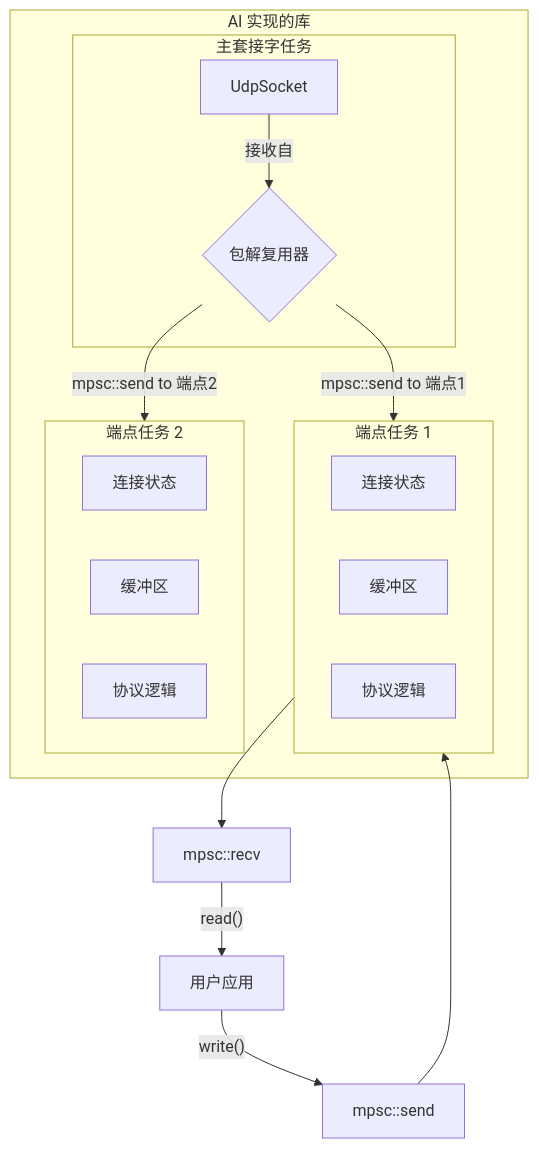
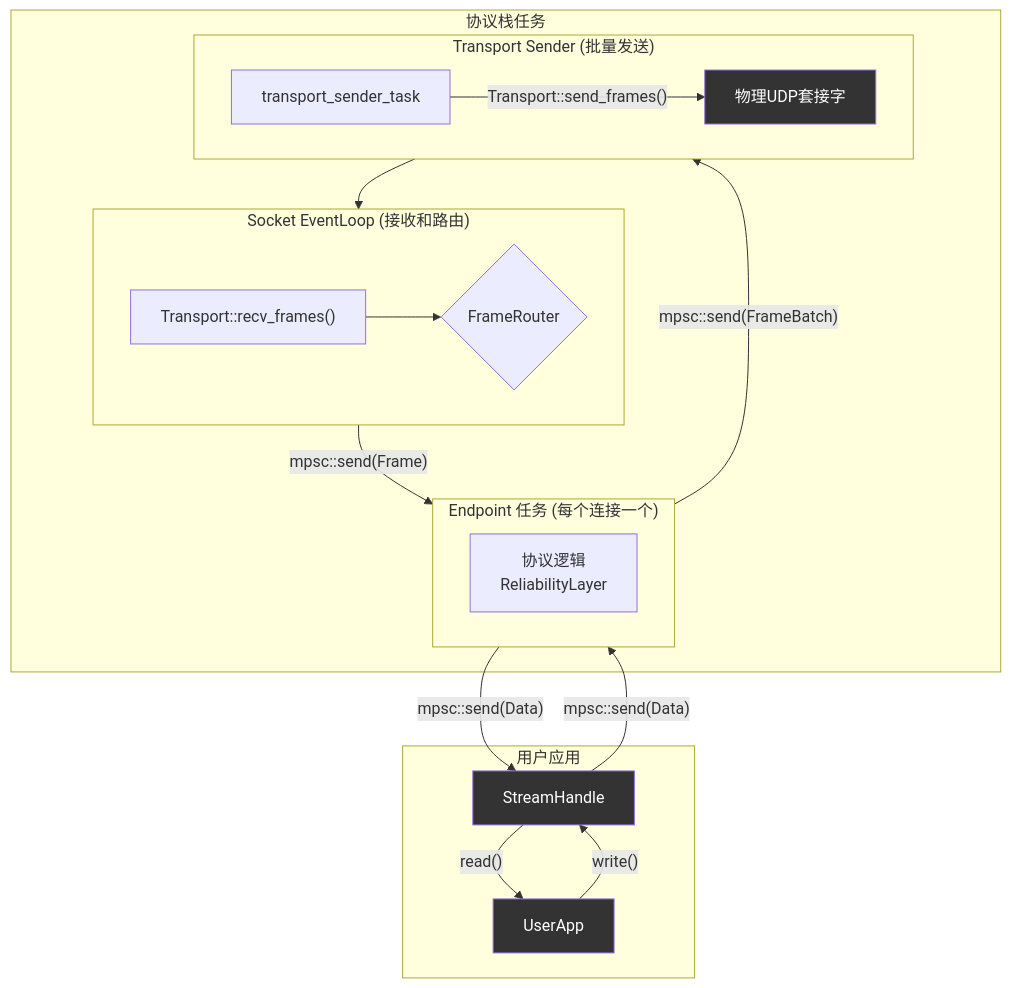
The diagram in docs/src/project-guidance/02-ai-dev-guide.md (ShaoG-R/kestrel-protocol), drawn with Mermaid before and after one commit. The commit also changed other lines of this file and 4 other files, not shown here.

````diff
--- a/docs/src/project-guidance/02-ai-dev-guide.md
+++ b/docs/src/project-guidance/02-ai-dev-guide.md
@@ -112,32 +126,35 @@
 ```mermaid
 graph TD
-    subgraph "AI 实现的库"
-        subgraph "端点任务 1"
+    subgraph "用户应用"
+        UserApp -- "write()" --> StreamHandle
+        StreamHandle -- "read()" --> UserApp
+    end
+
+    subgraph "协议栈任务"
+        subgraph "Socket EventLoop (接收和路由)"
             direction LR
-            C1_State[连接状态]
-            C1_Buf[缓冲区]
-            C1_Logic[协议逻辑]
+            RecvTask["Transport::recv_frames()"] --> Router{FrameRouter}
         end
 
-        subgraph "端点任务 2"
+        subgraph "Endpoint 任务 (每个连接一个)"
             direction LR
-            C2_State[连接状态]
-            C2_Buf[缓冲区]
-            C2_Logic[协议逻辑]
+            EndpointLogic[协议逻辑<br>ReliabilityLayer]
         end
 
-        subgraph "主套接字任务"
-            A[UdpSocket] -- "接收自" --> B{包解复用器}
+        subgraph "Transport Sender (批量发送)"
+            direction LR
+            SenderTask["transport_sender_task"] -- "Transport::send_frames()" --> Network
         end
 
-        B -- "mpsc::send to 端点1" --> C1_Logic
-        B -- "mpsc::send to 端点2" --> C2_Logic
+        Router -- "mpsc::send(Frame)" --> EndpointLogic
+        StreamHandle -- "mpsc::send(Data)" --> EndpointLogic
+        EndpointLogic -- "mpsc::send(FrameBatch)" --> SenderTask
+        EndpointLogic -- "mpsc::send(Data)" --> StreamHandle
     end
 
-    UserApp[用户应用] -- "write()" --> UserToConn1["mpsc::send"]
-    UserToConn1 --> C1_Logic
+    Network[物理UDP套接字] --> RecvTask
 
-    C1_Logic --> Conn1ToUser["mpsc::recv"]
-    Conn1ToUser -- "read()" --> UserApp
-
+    style UserApp fill:#333,color:#fff
+    style StreamHandle fill:#333,color:#fff
+    style Network fill:#333,color:#fff
 ```
````
